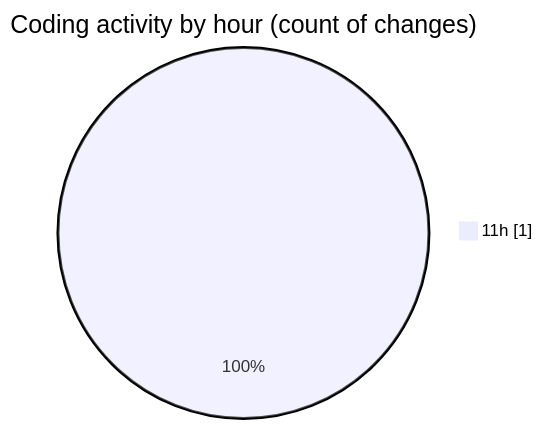
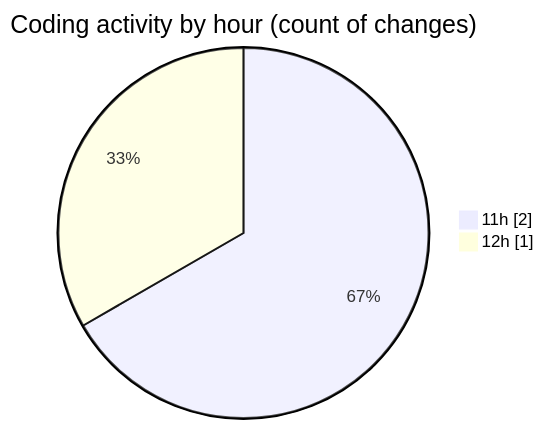
One commit to NitaiMahat/code-tracking changed the second of 2 diagrams in 2025-02-12/oopstartfiles/README.md. Above: the diagram before and after it, drawn with Mermaid. The commit also changed other lines of this file and 1 other file, not shown here.

````diff
--- a/2025-02-12/oopstartfiles/README.md
+++ b/2025-02-12/oopstartfiles/README.md
@@ -28,5 +28,6 @@
 ```mermaid
 pie showData
 title Coding activity by hour (count of changes)
-"11h" : 1
+"11h" : 2
+"12h" : 1
 ```
````
